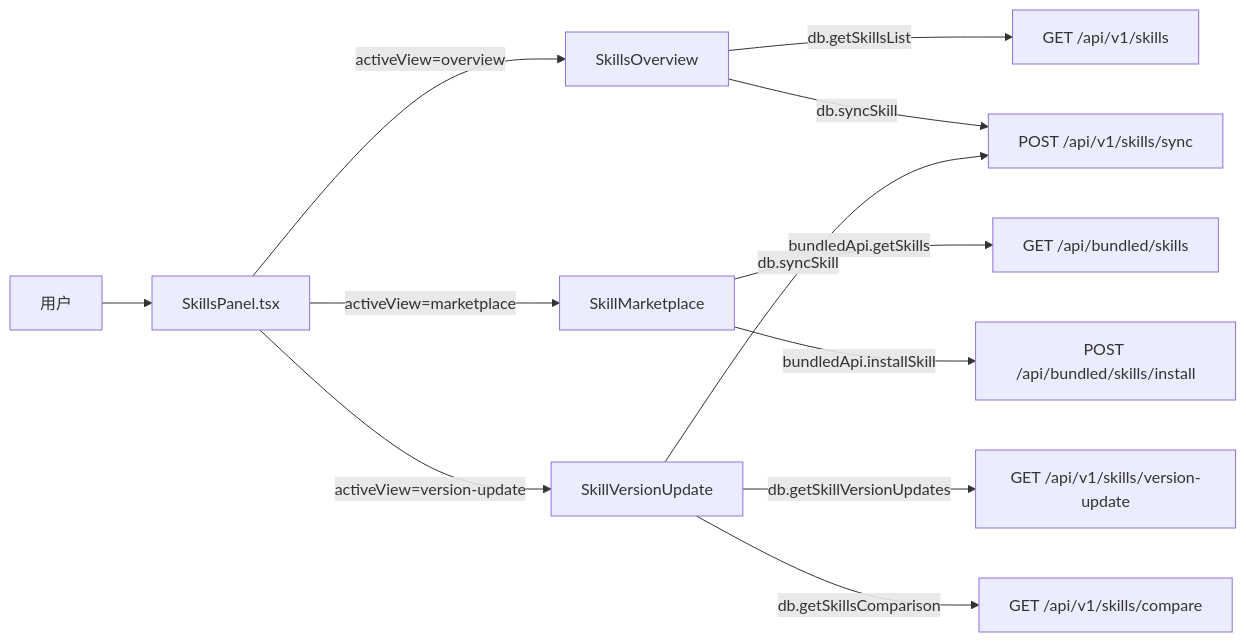
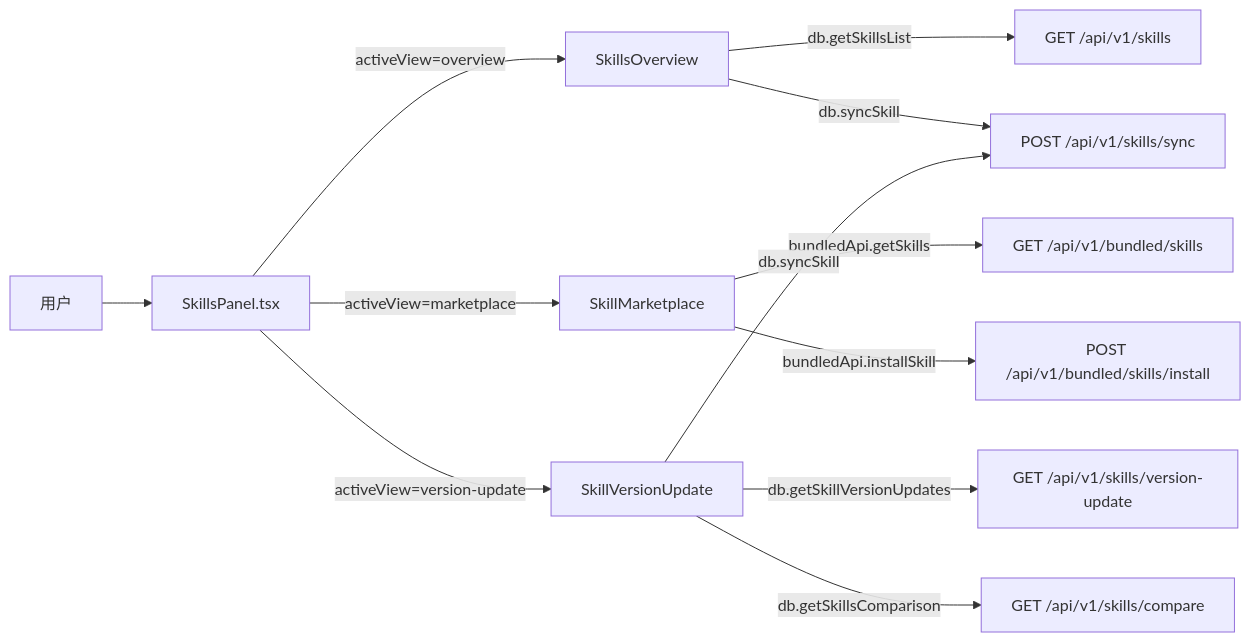
Before and after one commit to weibaohui/ntd: the diagram in frontend/src/help/pages/settings-skills.md, drawn with Mermaid. The commit also changed 14 other files, not shown here.

````diff
--- a/frontend/src/help/pages/settings-skills.md
+++ b/frontend/src/help/pages/settings-skills.md
@@ -11,14 +11,14 @@
 ```mermaid
 flowchart LR
   User["用户"] --> SkillsPanel["SkillsPanel.tsx"]
   SkillsPanel -->|"activeView=overview"| SkillsOverview["SkillsOverview"]
   SkillsPanel -->|"activeView=marketplace"| SkillMarketplace["SkillMarketplace"]
   SkillsPanel -->|"activeView=version-update"| SkillVersionUpdate["SkillVersionUpdate"]
   SkillsOverview -->|"db.getSkillsList"| API1["GET /api/v1/skills"]
   SkillsOverview -->|"db.syncSkill"| API2["POST /api/v1/skills/sync"]
-  SkillMarketplace -->|"bundledApi.getSkills"| API3["GET /api/bundled/skills"]
-  SkillMarketplace -->|"bundledApi.installSkill"| API4["POST /api/bundled/skills/install"]
+  SkillMarketplace -->|"bundledApi.getSkills"| API3["GET /api/v1/bundled/skills"]
+  SkillMarketplace -->|"bundledApi.installSkill"| API4["POST /api/v1/bundled/skills/install"]
   SkillVersionUpdate -->|"db.getSkillVersionUpdates"| API5["GET /api/v1/skills/version-update"]
   SkillVersionUpdate -->|"db.getSkillsComparison"| API6["GET /api/v1/skills/compare"]
   SkillVersionUpdate -->|"db.syncSkill"| API2
 ```
````
